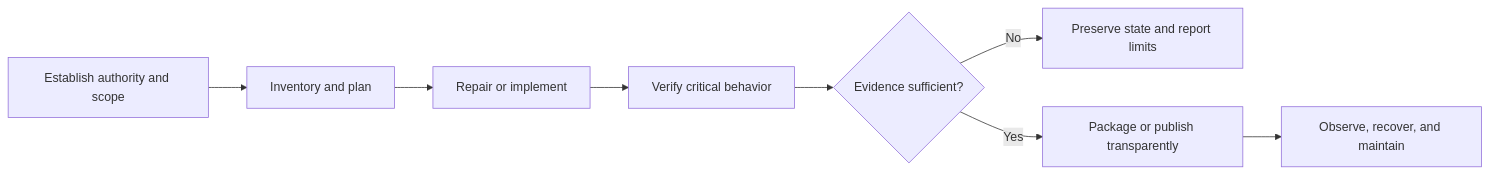
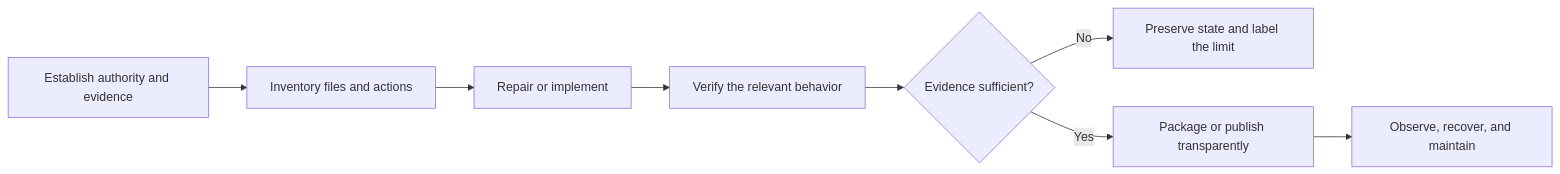
The diagram in PROJECT_FRAMEWORK.md (Jnapier2/Jnapier2), drawn with Mermaid before and after one commit. The commit also changed other lines of this file and 5 other files, not shown here.

````diff
--- a/PROJECT_FRAMEWORK.md
+++ b/PROJECT_FRAMEWORK.md
@@ -29,10 +28,10 @@
 ```mermaid
 flowchart LR
-    A["Establish authority and scope"] --> B["Inventory and plan"]
+    A["Establish authority and evidence"] --> B["Inventory files and actions"]
     B --> C["Repair or implement"]
-    C --> D["Verify critical behavior"]
+    C --> D["Verify the relevant behavior"]
     D --> E{"Evidence sufficient?"}
-    E -- "No" --> F["Preserve state and report limits"]
+    E -- "No" --> F["Preserve state and label the limit"]
     E -- "Yes" --> G["Package or publish transparently"]
     G --> H["Observe, recover, and maintain"]
 ```
````
